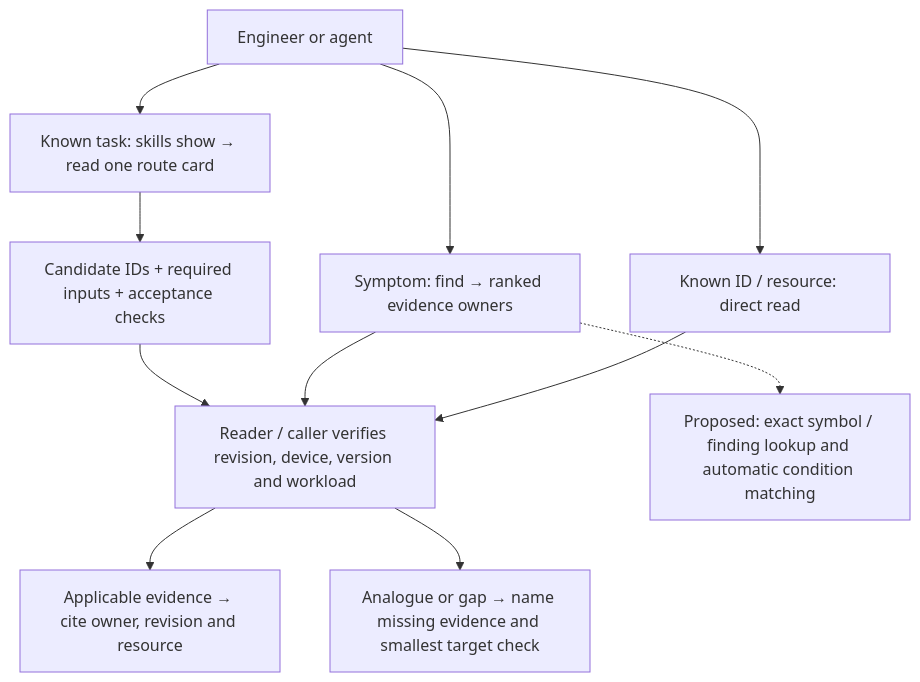
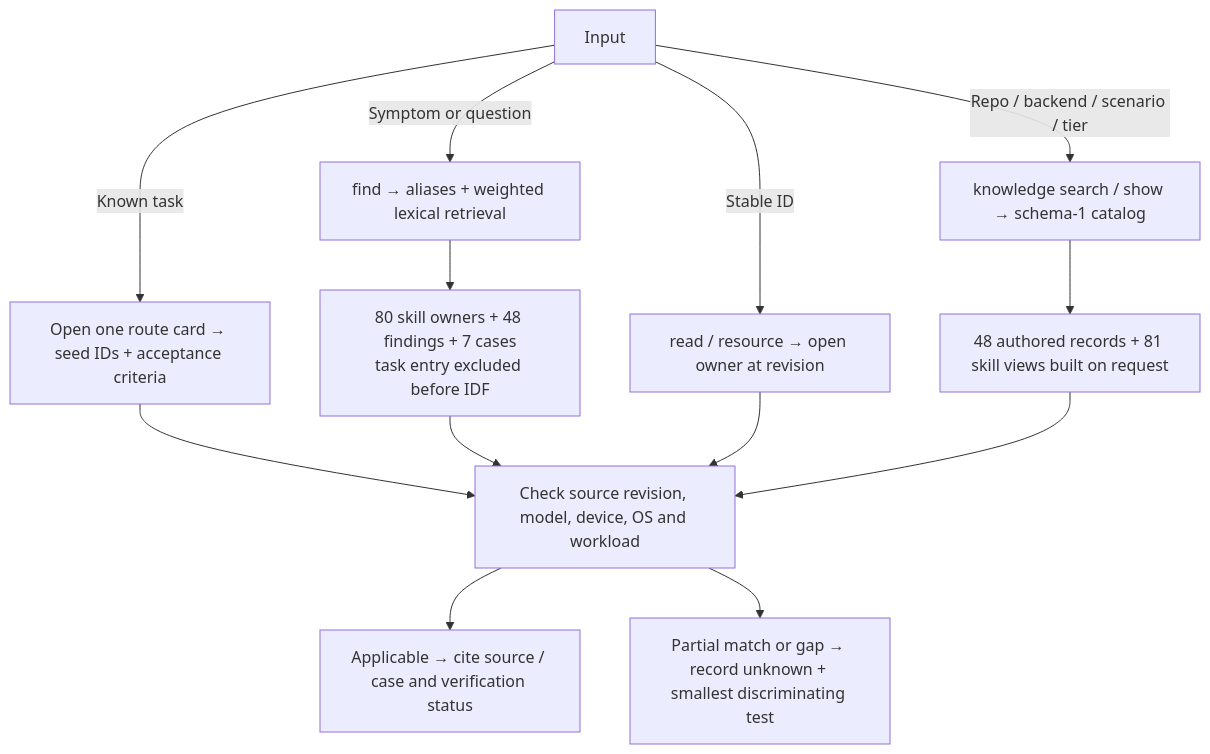
Before and after one commit to InferMatrixLab/InferRSI: the third of 4 diagrams in docs/knowledge-layout.md, drawn with Mermaid. The commit also changed other lines of this file and 185 other files, not shown here.

Commit message:
Unify knowledge resources under skill_library and assemble catalog views on read

````diff
--- a/docs/knowledge-layout.md
+++ b/docs/knowledge-layout.md
@@ -53,13 +45,12 @@
 ```mermaid
 flowchart TB
-    Q["Engineer or agent"] --> T["Known task: skills show → read one route card"]
-    Q --> F["Symptom: find → ranked evidence owners"]
-    Q --> I["Known ID / resource: direct read"]
-    T --> SE["Candidate IDs + required inputs + acceptance checks"]
-    SE --> V["Reader / caller verifies revision, device, version and workload"]
-    F --> V
-    I --> V
-    V --> OK["Applicable evidence → cite owner, revision and resource"]
-    V --> GAP["Analogue or gap → name missing evidence and smallest target check"]
-    F -.-> NEXT["Proposed: exact symbol / finding lookup and automatic condition matching"]
+    Q["Input"] -->|Known task| T["Open one route card → seed IDs + acceptance criteria"]
+    Q -->|Symptom or question| F["find → aliases + weighted lexical retrieval"]
+    Q -->|Stable ID| I["read / resource → open owner at revision"]
+    Q -->|Repo / backend / scenario / tier| C["knowledge search / show → schema-1 catalog"]
+    F --> A["80 skill owners + 48 findings + 7 cases<br/>task entry excluded before IDF"]
+    C --> B["48 authored records + 81 skill views built on request"]
+    T & A & I & B --> V["Check source revision, model, device, OS and workload"]
+    V --> X["Applicable → cite source / case and verification status"]
+    V --> G["Partial match or gap → record unknown + smallest discriminating test"]
 ```
````
